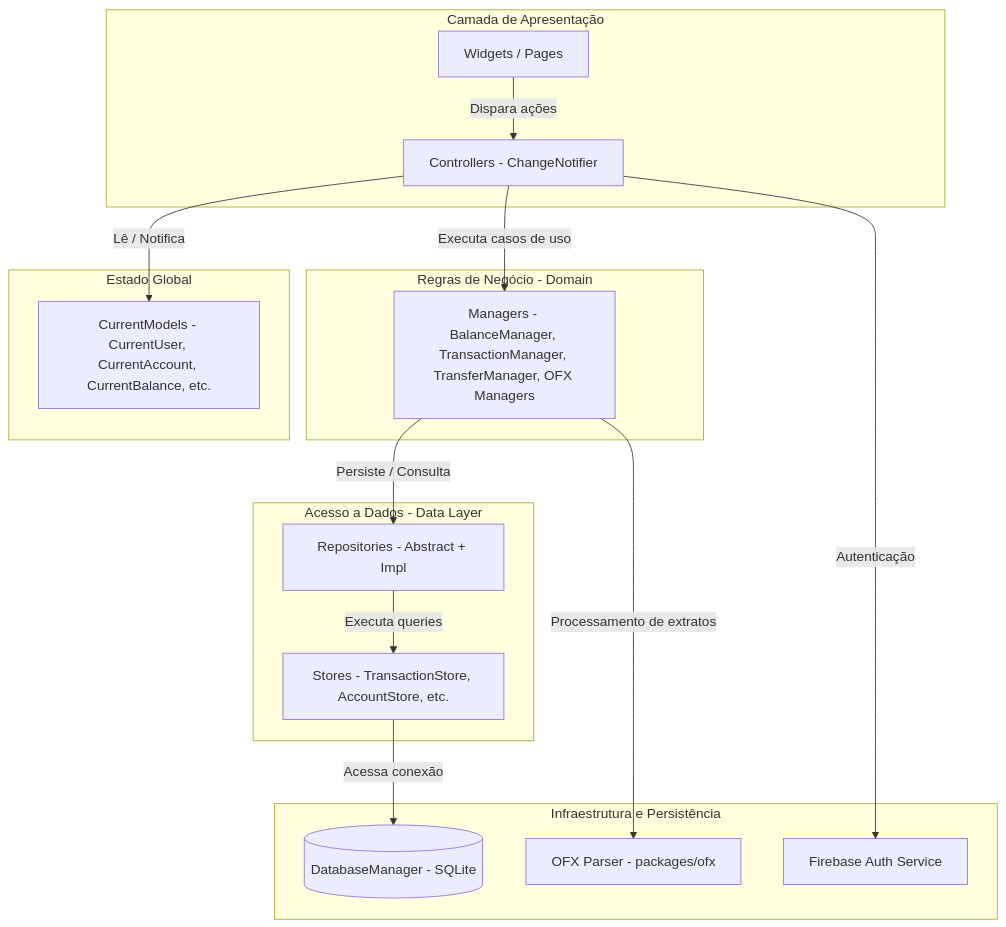
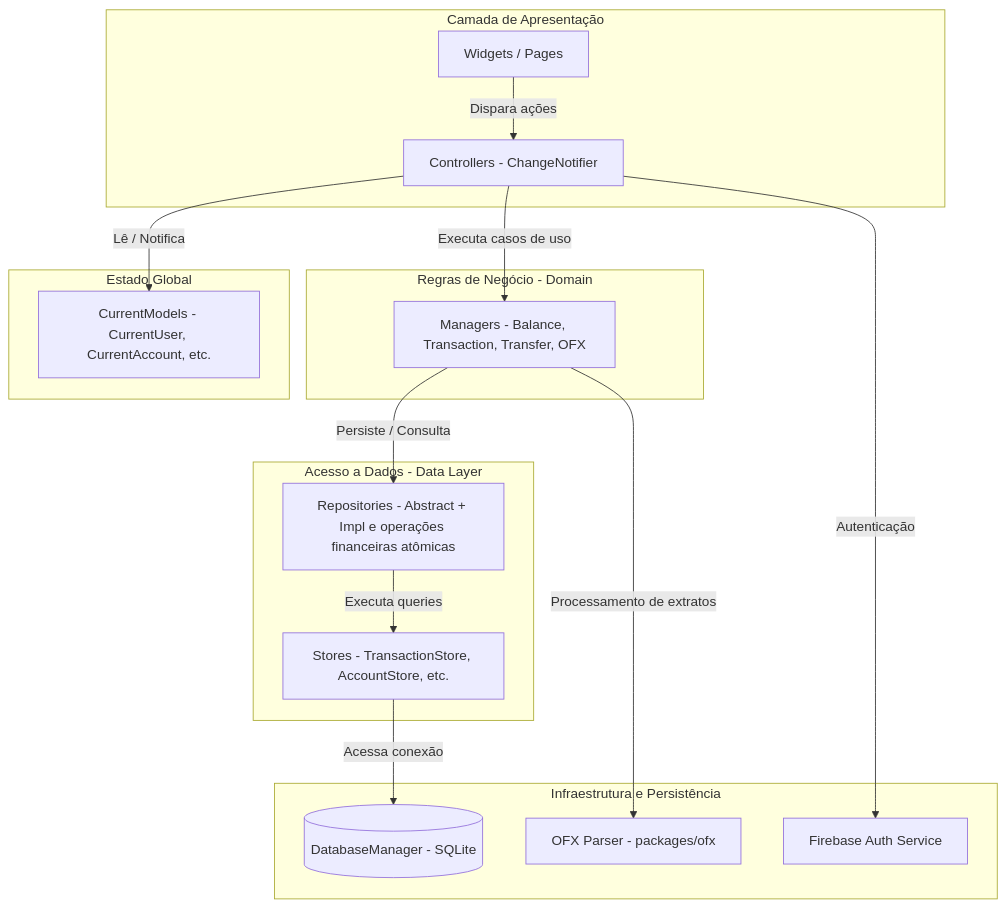
Before and after one commit to rudsonalves/finances: the first of 2 diagrams in docs/ARCHITECTURE.md, drawn with Mermaid. The commit also changed other lines of this file and 29 other files, not shown here.

````diff
--- a/docs/ARCHITECTURE.md
+++ b/docs/ARCHITECTURE.md
@@ -17,35 +17,35 @@
 ```mermaid
 flowchart TD
-    subgraph UI[Camada de Apresentação]
-        W[Widgets / Pages]
-        C[Controllers - ChangeNotifier]
+    subgraph UI["Camada de Apresentação"]
+        W["Widgets / Pages"]
+        C["Controllers - ChangeNotifier"]
     end
 
-    subgraph State[Estado Global]
-        CM[CurrentModels - CurrentUser, CurrentAccount, CurrentBalance, etc.]
+    subgraph State["Estado Global"]
+        CM["CurrentModels - CurrentUser, CurrentAccount, etc."]
     end
 
-    subgraph Domain[Regras de Negócio - Domain]
-        M[Managers - BalanceManager, TransactionManager, TransferManager, OFX Managers]
+    subgraph Domain["Regras de Negócio - Domain"]
+        M["Managers - Balance, Transaction, Transfer, OFX"]
     end
 
-    subgraph Data[Acesso a Dados - Data Layer]
-        R[Repositories - Abstract + Impl]
-        S[Stores - TransactionStore, AccountStore, etc.]
+    subgraph Data["Acesso a Dados - Data Layer"]
+        R["Repositories - Abstract + Impl e operações financeiras atômicas"]
+        S["Stores - TransactionStore, AccountStore, etc."]
     end
 
-    subgraph Infrastructure[Infraestrutura e Persistência]
-        DB[(DatabaseManager - SQLite)]
-        FB[Firebase Auth Service]
-        OFX[OFX Parser - packages/ofx]
+    subgraph Infrastructure["Infraestrutura e Persistência"]
+        DB[("DatabaseManager - SQLite")]
+        FB["Firebase Auth Service"]
+        OFX["OFX Parser - packages/ofx"]
     end
 
     W -->|Dispara ações| C
     C -->|Lê / Notifica| CM
     C -->|Executa casos de uso| M
     M -->|Persiste / Consulta| R
     R -->|Executa queries| S
     S -->|Acessa conexão| DB
     C -->|Autenticação| FB
     M -->|Processamento de extratos| OFX
 ```
````
